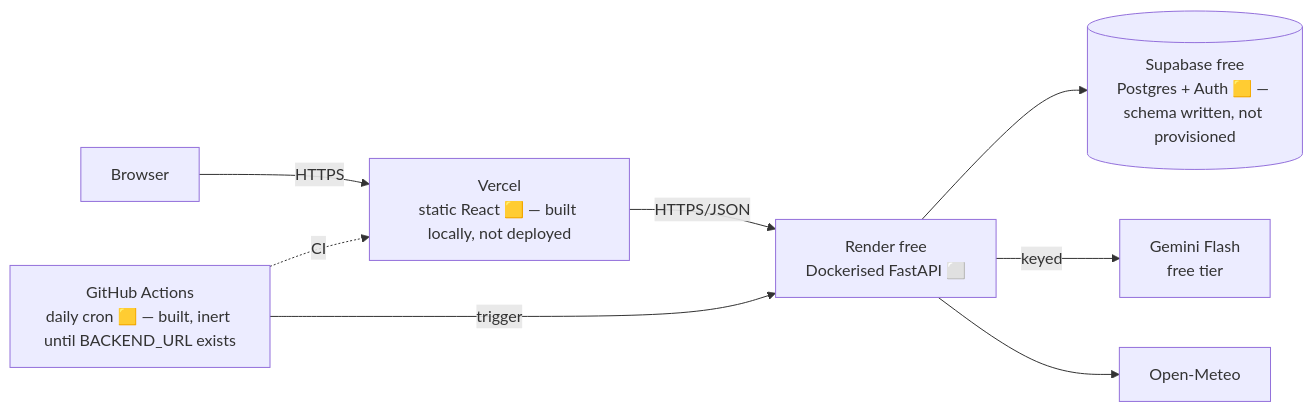
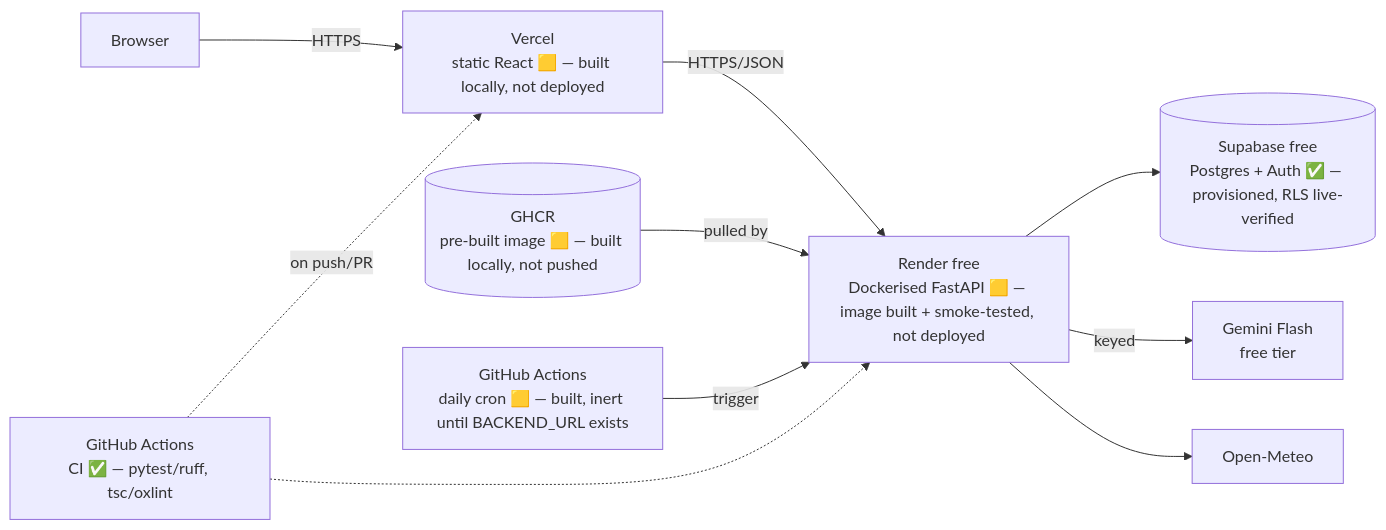
The fifth of 5 diagrams in docs/architecture.md (DevGurav/urbanheat-mumbai), drawn with Mermaid before and after one commit. The commit also changed other lines of this file and 11 other files, not shown here.

````diff
--- a/docs/architecture.md
+++ b/docs/architecture.md
@@ -165,10 +167,12 @@
 ```mermaid
 flowchart LR
     U[Browser] -->|HTTPS| V[Vercel<br/>static React 🟨 — built locally, not deployed]
-    V -->|HTTPS/JSON| R[Render free<br/>Dockerised FastAPI ⬜]
-    R --> S[(Supabase free<br/>Postgres + Auth 🟨 — schema written, not provisioned)]
+    V -->|HTTPS/JSON| R[Render free<br/>Dockerised FastAPI 🟨 — image built + smoke-tested, not deployed]
+    R --> S[(Supabase free<br/>Postgres + Auth ✅ — provisioned, RLS live-verified)]
     R -->|keyed| G[Gemini Flash<br/>free tier]
     R --> OM[Open-Meteo]
+    GHCR[(GHCR<br/>pre-built image 🟨 — built locally, not pushed)] -->|pulled by| R
     GA[GitHub Actions<br/>daily cron 🟨 — built, inert until BACKEND_URL exists] -->|trigger| R
-    GA -.CI.-> V
+    CI[GitHub Actions<br/>CI ✅ — pytest/ruff, tsc/oxlint] -.on push/PR.-> V
+    CI -.-> R
 ```
````
